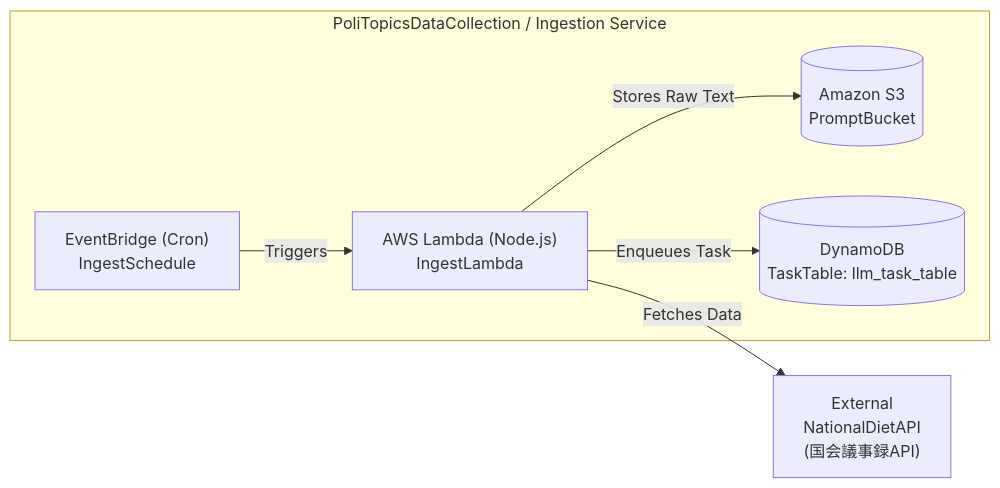
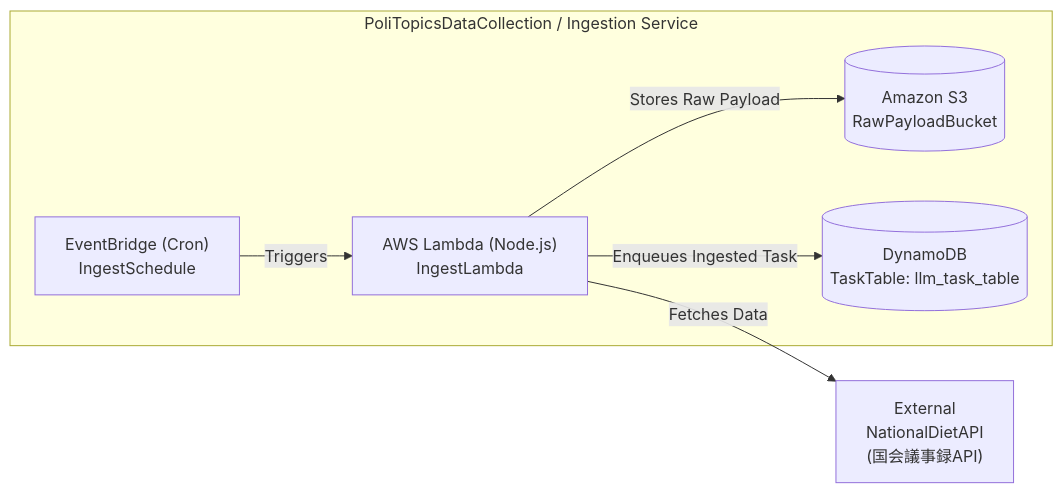
The diagram in readme.md (Keyhole-Koro/PoliTopicsDataCollection), drawn with Mermaid before and after one commit. The commit also changed other lines of this file and 21 other files, not shown here.

Commit message:
refactor: store raw payloads to S3 and create ingested tasks feat: ingest NDL payloads to S3 and record raw_url refactor: drop prompt generation and keep ingestion-only flow

````diff
--- a/readme.md
+++ b/readme.md
@@ -8,17 +8,17 @@
 ```mermaid
 flowchart LR
   %% ========== Data Collection ==========
   subgraph DC[PoliTopicsDataCollection / Ingestion Service]
     IngestSchedule["EventBridge (Cron)<br/>IngestSchedule"]
     IngestLambda["AWS Lambda (Node.js)<br/>IngestLambda"]
-    PromptBucket[(Amazon S3<br/>PromptBucket)]
+    PromptBucket[(Amazon S3<br/>RawPayloadBucket)]
     TaskTable[(DynamoDB<br/>TaskTable: llm_task_table)]
   end
 
   NationalDietAPI["External<br/>NationalDietAPI<br/>(国会議事録API)"]
 
   IngestSchedule -->|Triggers| IngestLambda
   IngestLambda -->|Fetches Data| NationalDietAPI
-  IngestLambda -->|Stores Raw Text| PromptBucket
-  IngestLambda -->|Enqueues Task| TaskTable
+  IngestLambda -->|Stores Raw Payload| PromptBucket
+  IngestLambda -->|Enqueues Ingested Task| TaskTable
 ```
````
